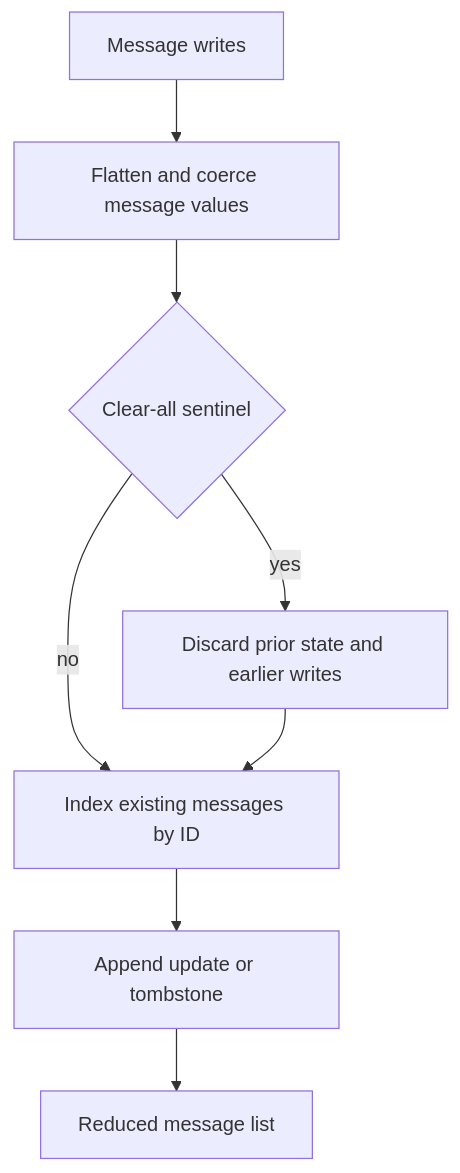
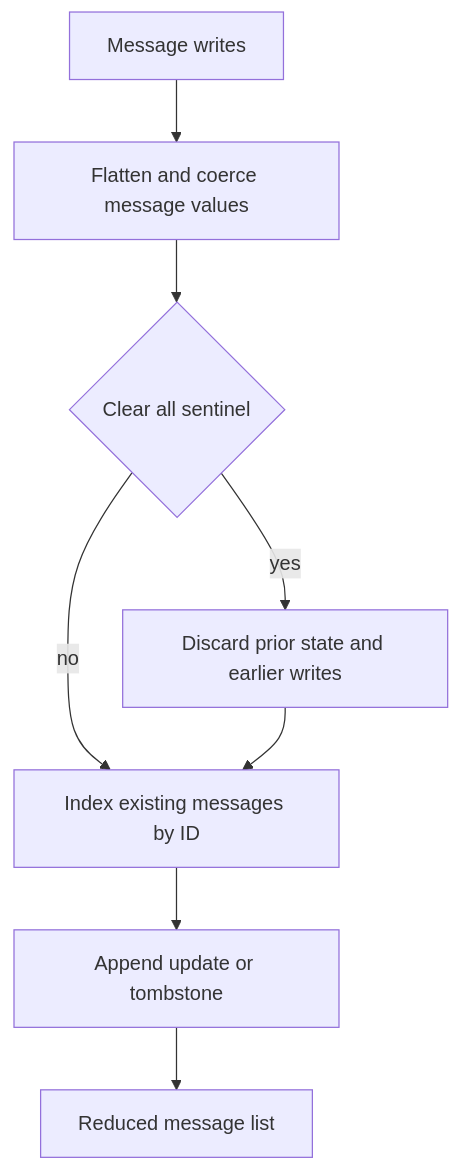
One commit to langchain-ai/deepagents changed the second of 5 diagrams in openwiki/concepts/state-persistence.md. Above: the diagram before and after it, drawn with Mermaid. The commit also changed other lines of this file and 28 other files, not shown here.

````diff
--- a/openwiki/concepts/state-persistence.md
+++ b/openwiki/concepts/state-persistence.md
@@ -96,10 +103,10 @@
 ```mermaid
 flowchart TD
     Writes["Message writes"] --> Coerce["Flatten and coerce message values"]
-    Coerce --> Clear{"Clear-all sentinel"}
+    Coerce --> Clear{"Clear all sentinel"}
     Clear -->|"yes"| Reset["Discard prior state and earlier writes"]
     Clear -->|"no"| Index["Index existing messages by ID"]
     Reset --> Index
     Index --> Apply["Append update or tombstone"]
     Apply --> Result["Reduced message list"]
 ```
````
